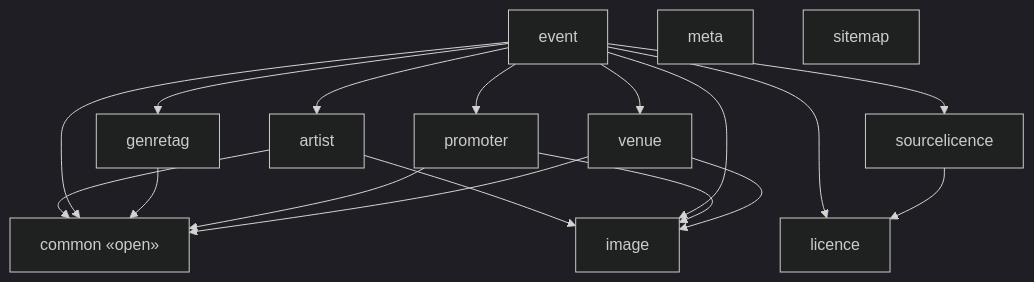
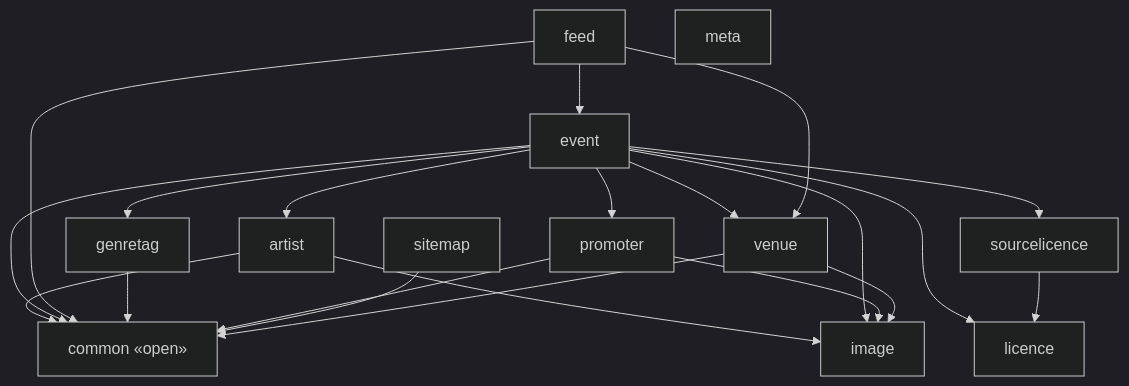
Before and after one commit to enorm-labs/event-junkie: the diagram in docs/architecture/modules-events-bff.md, drawn with Mermaid (dark theme). The commit also changed 37 other files, not shown here.

````diff
--- a/docs/architecture/modules-events-bff.md
+++ b/docs/architecture/modules-events-bff.md
@@ -9,31 +9,36 @@
 ```mermaid
 flowchart TD
     artist["artist"]
     common["common «open»"]
     event["event"]
+    feed["feed"]
     genretag["genretag"]
     image["image"]
     licence["licence"]
     meta["meta"]
     promoter["promoter"]
     sitemap["sitemap"]
     sourcelicence["sourcelicence"]
     venue["venue"]
 
     artist --> common
     artist --> image
     event --> artist
     event --> common
     event --> genretag
     event --> image
     event --> licence
     event --> promoter
     event --> sourcelicence
     event --> venue
+    feed --> common
+    feed --> event
+    feed --> venue
     genretag --> common
     promoter --> common
     promoter --> image
+    sitemap --> common
     sourcelicence --> licence
     venue --> common
     venue --> image
 ```
````
